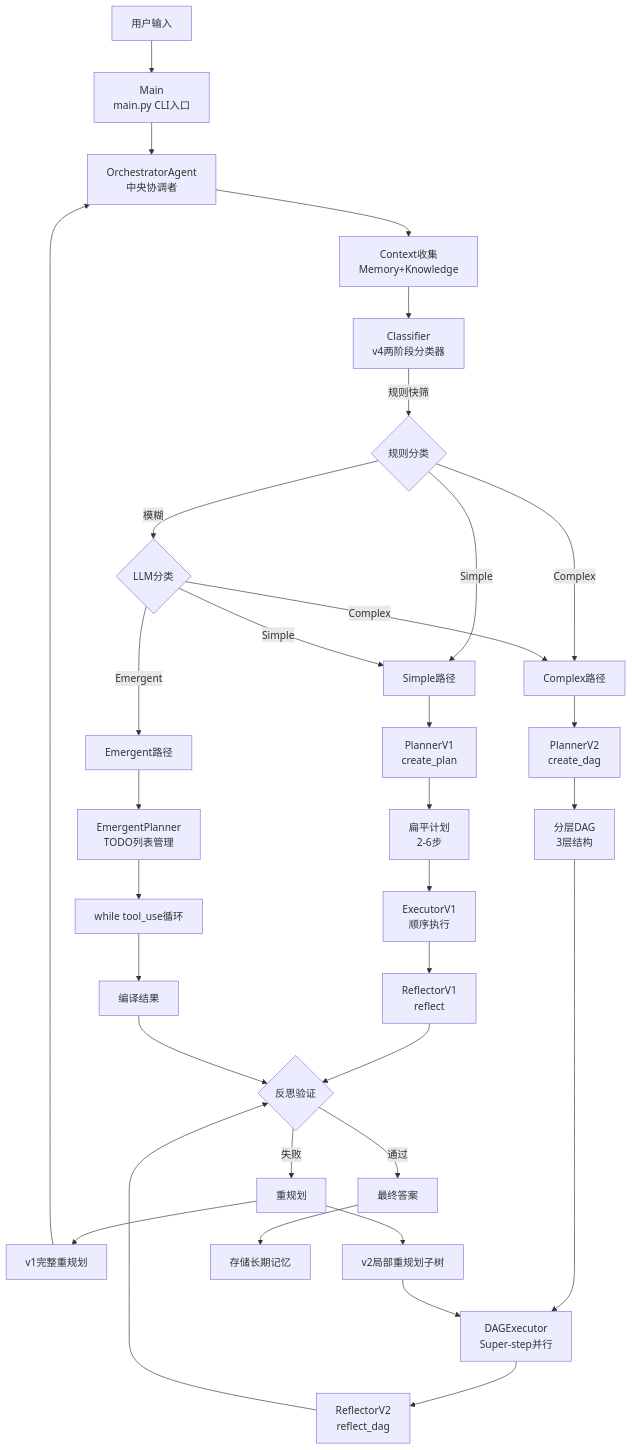
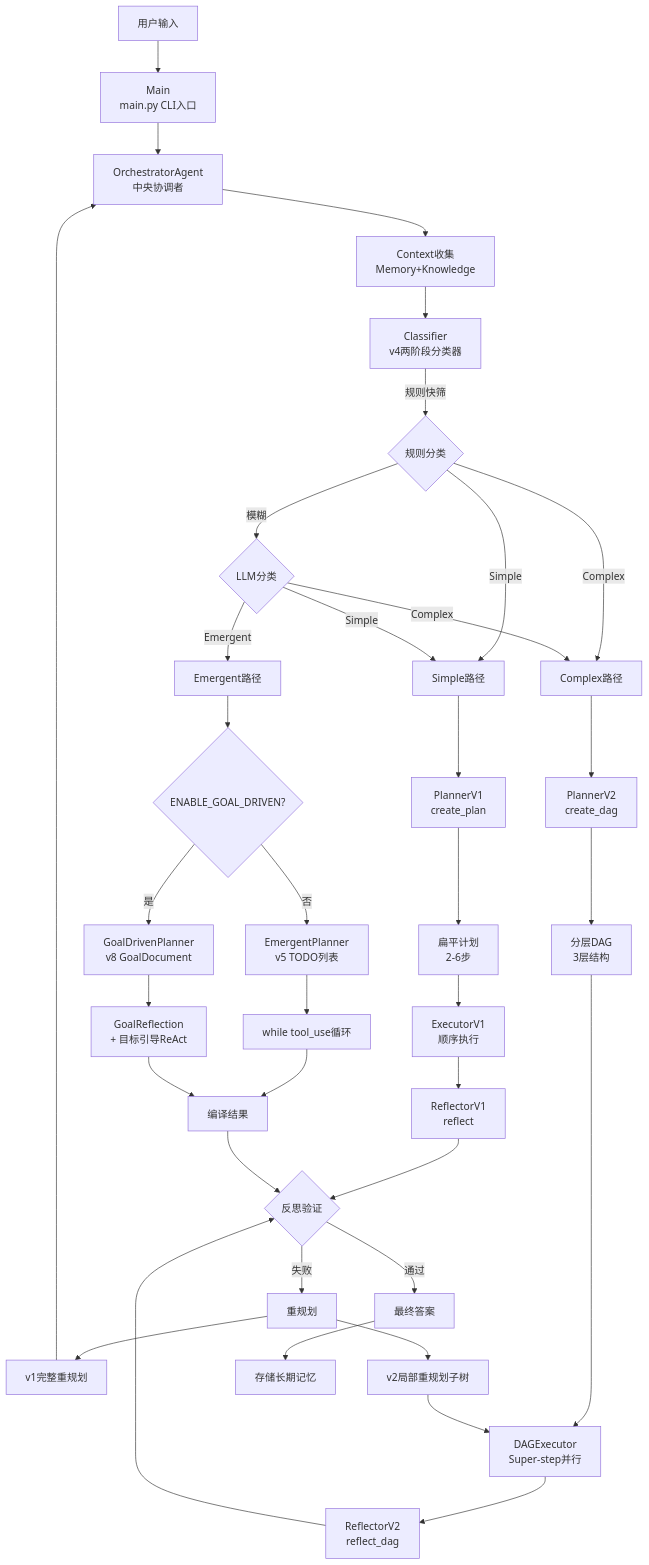
One commit to shixiangweiii/manus_demo changed the first of 14 diagrams in sxw_aicoding/docs/codemap.md. Above: the diagram before and after it, drawn with Mermaid. The commit also changed other lines of this file and 52 other files, not shown here.

````diff
--- a/sxw_aicoding/docs/codemap.md
+++ b/sxw_aicoding/docs/codemap.md
@@ -19,46 +19,50 @@
 ```mermaid
 graph TB
     User[用户输入] --> Main[Main<br/>main.py CLI入口]
     Main --> Orchestrator[OrchestratorAgent<br/>中央协调者]
     
     Orchestrator --> Context[Context收集<br/>Memory+Knowledge]
     Context --> Classifier[Classifier<br/>v4两阶段分类器]
     
     Classifier -->|规则快筛| RuleCheck{规则分类}
     RuleCheck -->|Simple| SimplePath[Simple路径]
     RuleCheck -->|Complex| ComplexPath[Complex路径]
     RuleCheck -->|模糊| LLMClassify{LLM分类}
     
     LLMClassify -->|Simple| SimplePath
     LLMClassify -->|Complex| ComplexPath
     LLMClassify -->|Emergent| EmergentPath[Emergent路径]
     
     SimplePath --> PlannerV1[PlannerV1<br/>create_plan]
     PlannerV1 --> FlatPlan[扁平计划<br/>2-6步]
     FlatPlan --> ExecutorV1[ExecutorV1<br/>顺序执行]
     ExecutorV1 --> ReflectorV1[ReflectorV1<br/>reflect]
     
     ComplexPath --> PlannerV2[PlannerV2<br/>create_dag]
     PlannerV2 --> DAG[分层DAG<br/>3层结构]
     DAG --> DAGExecutor[DAGExecutor<br/>Super-step并行]
     DAGExecutor --> ReflectorV2[ReflectorV2<br/>reflect_dag]
     
-    EmergentPath --> EmergentPlanner[EmergentPlanner<br/>TODO列表管理]
+    EmergentPath --> EmergentOrGoalDriven{ENABLE_GOAL_DRIVEN?}
+    EmergentOrGoalDriven -->|否| EmergentPlanner[EmergentPlanner<br/>v5 TODO列表]
+    EmergentOrGoalDriven -->|是| GoalDriven[GoalDrivenPlanner<br/>v8 GoalDocument]
     EmergentPlanner --> ToolLoop[while tool_use循环]
+    GoalDriven --> GoalReflectLoop[GoalReflection<br/>+ 目标引导ReAct]
     ToolLoop --> Compile[编译结果]
+    GoalReflectLoop --> Compile
     
     ReflectorV1 --> ReflectCheck{反思验证}
     ReflectorV2 --> ReflectCheck
     Compile --> ReflectCheck
     
     ReflectCheck -->|通过| Success[最终答案]
     ReflectCheck -->|失败| Replan[重规划]
     
     Replan --> ReplanV1[v1完整重规划]
     Replan --> ReplanV2[v2局部重规划子树]
     
     ReplanV1 --> Orchestrator
     ReplanV2 --> DAGExecutor
     
     Success --> Memory[存储长期记忆]
 ```
````
